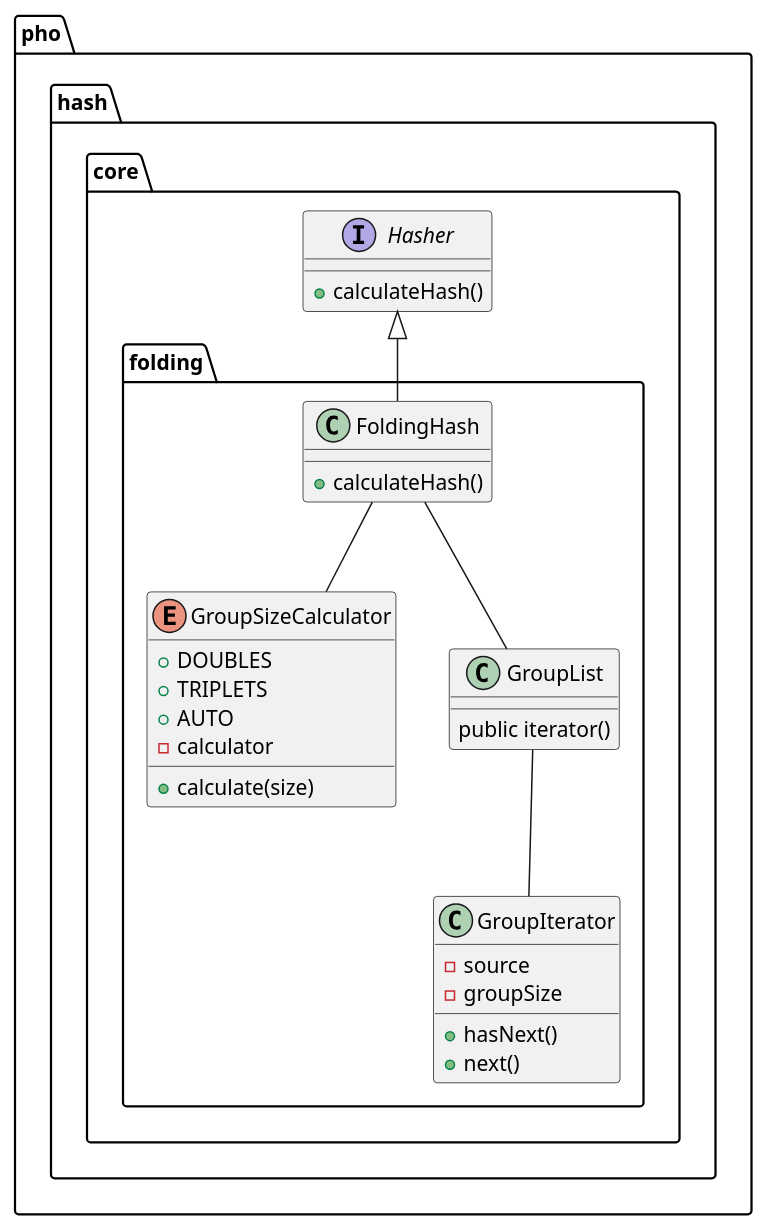
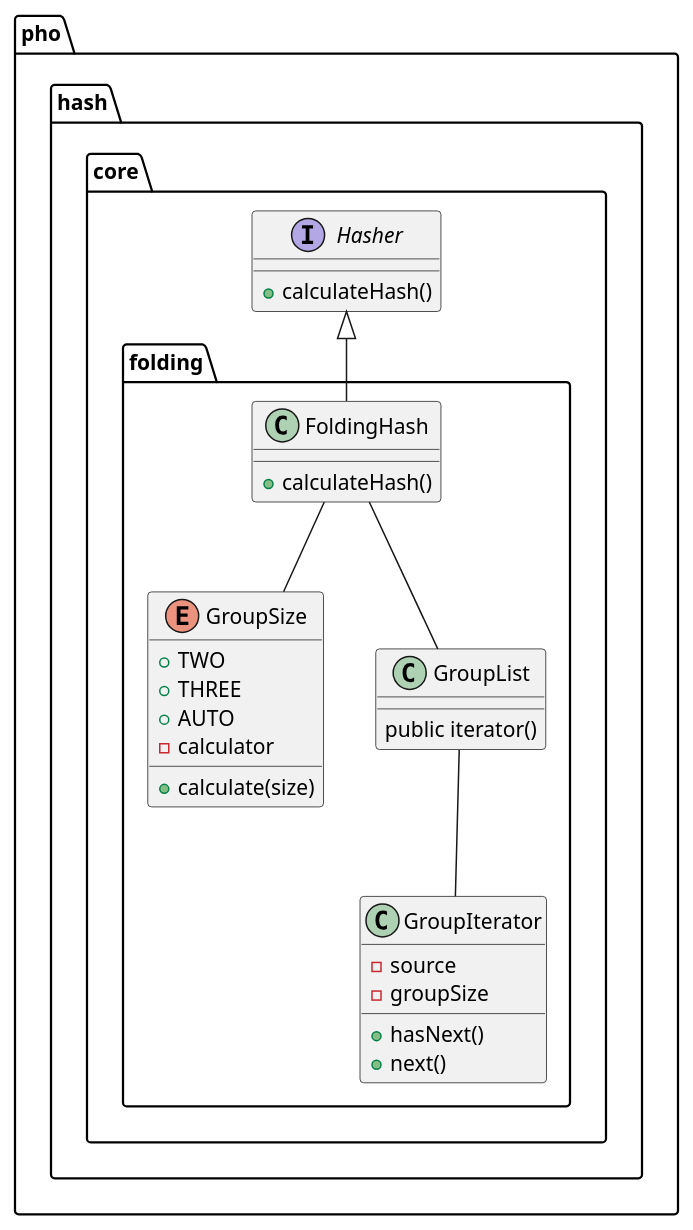
The diagram in diagram/FoldingHashDiagram.puml (ortolanph/FoldingHash), drawn with PlantUML before and after one commit. The commit also changed 7 other files, not shown here.

```diff
--- a/diagram/FoldingHashDiagram.puml
+++ b/diagram/FoldingHashDiagram.puml
@@ -1,41 +1,41 @@
 @startuml
 
 package pho.hash.core {
     interface Hasher {
         + calculateHash()
     }
 
     package folding {
         class FoldingHash {
             + calculateHash()
         }
 
-        enum GroupSizeCalculator {
-            + DOUBLES
-            + TRIPLETS
+        enum GroupSize {
+            + TWO
+            + THREE
             + AUTO
             - calculator
             + calculate(size)
         }
 
         class GroupList {
             public iterator()
         }
 
         class GroupIterator {
             - source
             - groupSize
             + hasNext()
             + next()
         }
     }
 }
 
 Hasher <|-- FoldingHash
 
-FoldingHash -- GroupSizeCalculator
+FoldingHash -- GroupSize
 FoldingHash -- GroupList
 GroupList -- GroupIterator
 
 
 @enduml
```
